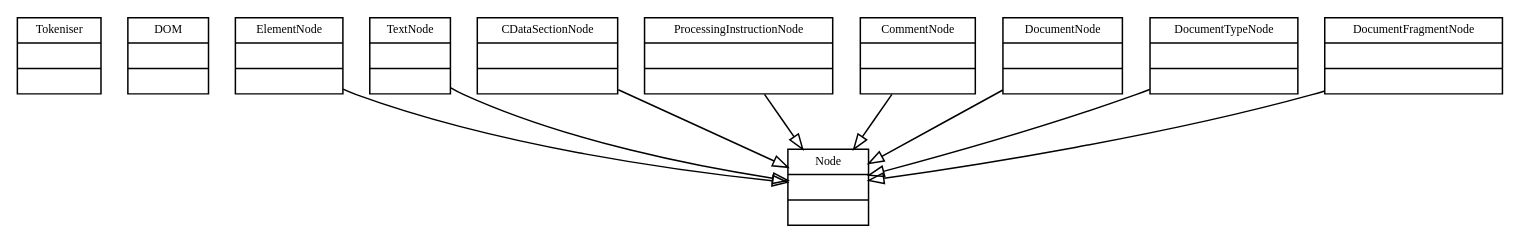
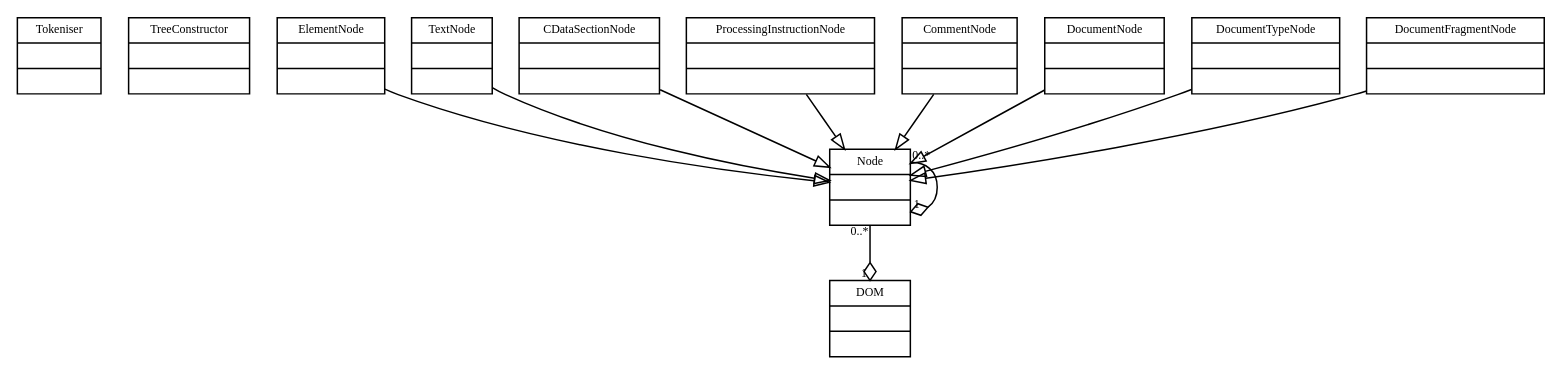
One commit to ScenarioWeekTeam/browser-uml changed the diagram in html-parser.gv. Above: the diagram before and after it, drawn with Graphviz.

Commit message:
Describe DOM tree

```diff
--- a/html-parser.gv
+++ b/html-parser.gv
@@ -1,74 +1,86 @@
 digraph g {
     fontname = "Bitstream Vera Sans"
     fontsize = 8
 
    node [
         fontname = "Bitstream Vera Sans"
         fontsize = 8
         shape = "record"
     ]
 
     edge [
         fontname = "Bitstream Vera Sans"
         fontsize = 8
     ]
 
     Tokeniser [
         label = "{Tokeniser|\l|\l}"
+    ]
+    
+    TreeConstructor [
+        label = "{TreeConstructor|\l|\l}"
     ]
 
     DOM [
         label = "{DOM|\l|\l}"
     ]
     
     Entry [
         label = "{Node|\l|\l}"
     ]
     
     ElementNode [
         label = "{ElementNode|\l|\l}"
     ]
     
     TextNode [
         label = "{TextNode|\l|\l}"
     ]
     
     CDataSectionNode [
         label = "{CDataSectionNode|\l|\l}"
     ]
     
     ProcessingInstructionNode [
         label = "{ProcessingInstructionNode|\l|\l}"
     ]
     
     CommentNode [
         label = "{CommentNode|\l|\l}"
     ]
     
     DocumentNode [
         label = "{DocumentNode|\l|\l}"
     ]
     
     DocumentTypeNode [
         label = "{DocumentTypeNode|\l|\l}"
     ]
     
     DocumentFragmentNode [
         label = "{DocumentFragmentNode|\l|\l}"
     ]
     
     edge [
         arrowhead = "empty"
     ]
     
     ElementNode -> Entry
     TextNode -> Entry
     CDataSectionNode -> Entry
     ProcessingInstructionNode -> Entry
     CommentNode -> Entry
     DocumentNode -> Entry
     DocumentTypeNode -> Entry
     DocumentFragmentNode -> Entry
     
+    edge [
+        arrowhead = "ediamond"
         
+        headlabel = "1 "
+        taillabel = "0..*"
+    ]
+    
+    Entry -> DOM
+    Entry -> Entry
 }
```
